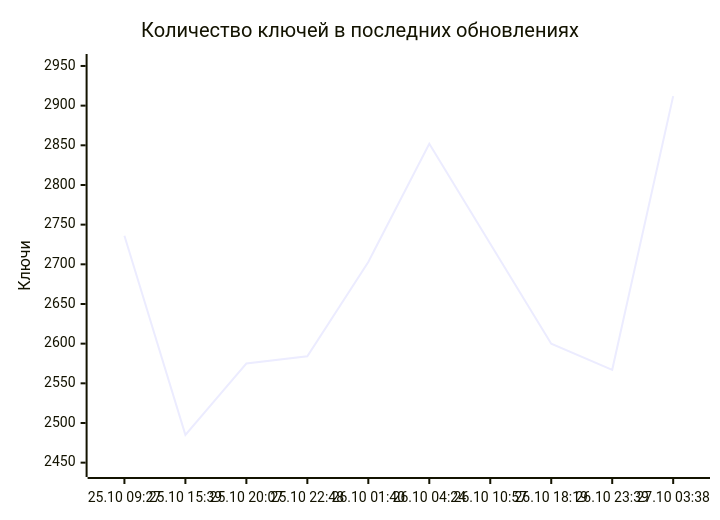
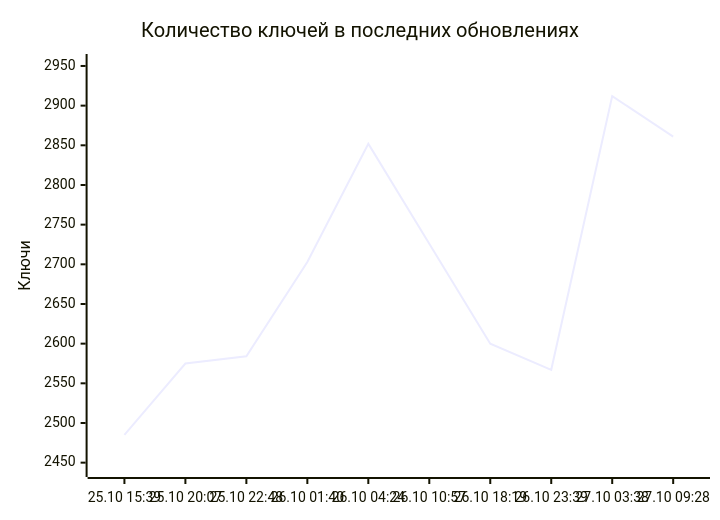
The diagram in README.md (markKikhtenko/WireVeil), drawn with Mermaid before and after one commit. The commit also changed other lines of this file and 12 other files, not shown here.

````diff
--- a/README.md
+++ b/README.md
@@ -55,7 +55,7 @@
 ```mermaid
 xychart-beta
     title "Количество ключей в последних обновлениях"
-    x-axis ["25.10 09:27", "25.10 15:39", "25.10 20:07", "25.10 22:48", "26.10 01:40", "26.10 04:24", "26.10 10:57", "26.10 18:19", "26.10 23:39", "27.10 03:38"]
+    x-axis ["25.10 15:39", "25.10 20:07", "25.10 22:48", "26.10 01:40", "26.10 04:24", "26.10 10:57", "26.10 18:19", "26.10 23:39", "27.10 03:38", "27.10 09:28"]
     y-axis "Ключи" 2442 --> 2955
-    line [2736, 2485, 2575, 2584, 2703, 2852, 2726, 2600, 2567, 2912]
+    line [2485, 2575, 2584, 2703, 2852, 2726, 2600, 2567, 2912, 2861]
 ```
````
